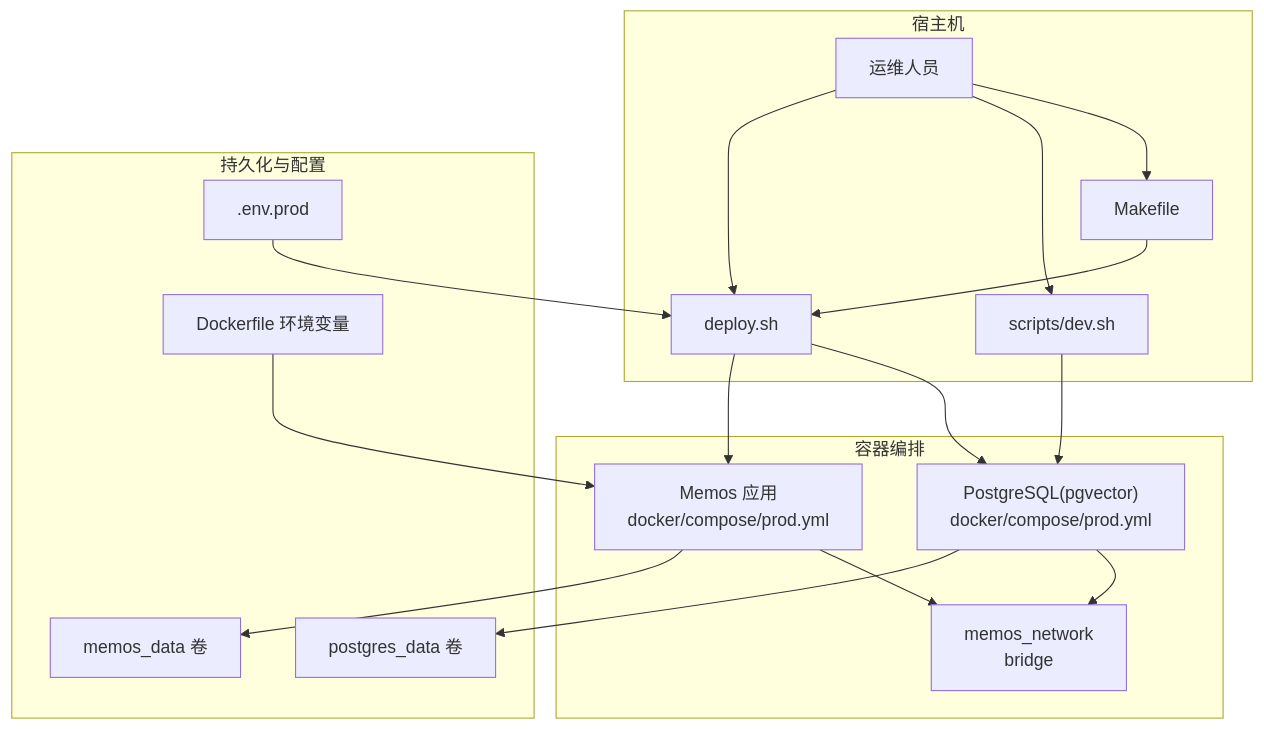
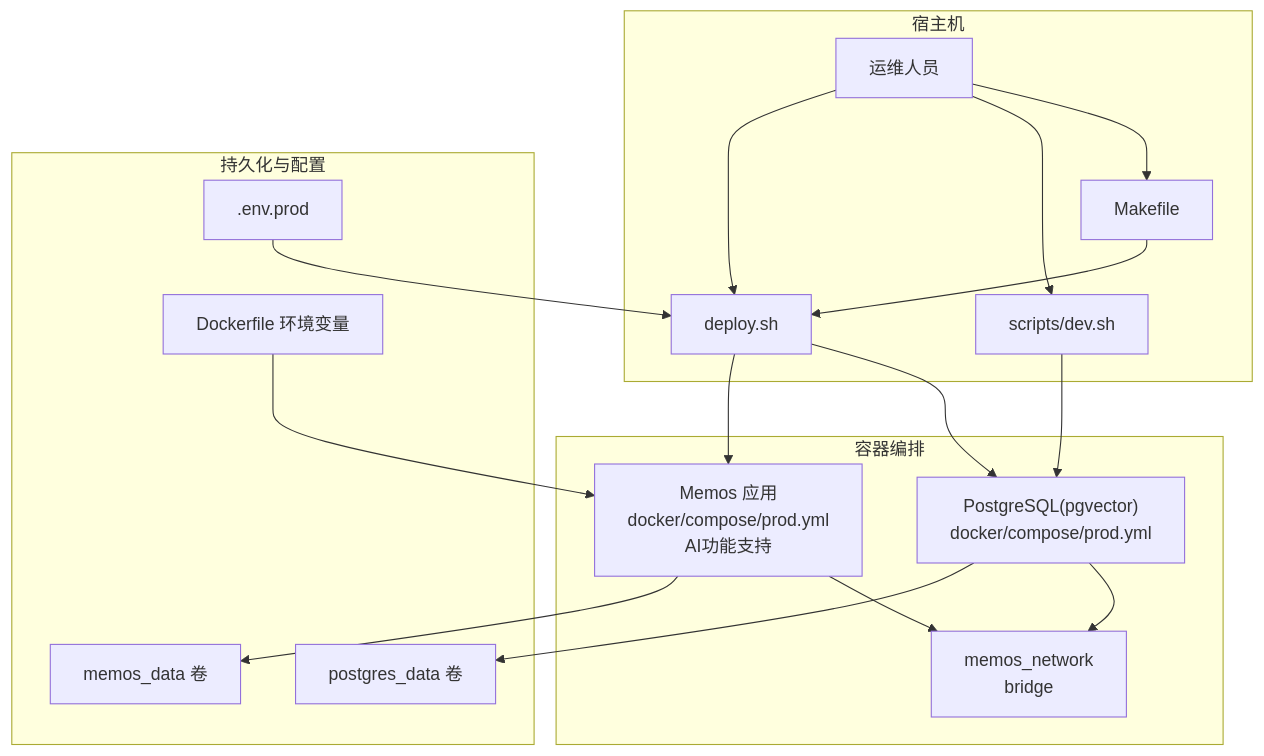
One commit to hrygo/memos changed the second of 8 diagrams in .qoder/repowiki/zh/content/部署与运维/部署与运维.md. Above: the diagram before and after it, drawn with Mermaid. The commit also changed other lines of this file and 29 other files, not shown here.

````diff
--- a/.qoder/repowiki/zh/content/部署与运维/部署与运维.md
+++ b/.qoder/repowiki/zh/content/部署与运维/部署与运维.md
@@ -141,33 +149,33 @@
 ```mermaid
 graph TB
 subgraph "宿主机"
 U["运维人员"]
 M["Makefile"]
 S["scripts/dev.sh"]
 D["deploy.sh"]
 end
 subgraph "容器编排"
 P["PostgreSQL(pgvector)<br/>docker/compose/prod.yml"]
-W["Memos 应用<br/>docker/compose/prod.yml"]
+W["Memos 应用<br/>docker/compose/prod.yml<br/>AI功能支持"]
 N["memos_network<br/>bridge"]
 end
 subgraph "持久化与配置"
 V1["postgres_data 卷"]
 V2["memos_data 卷"]
 E1[".env.prod"]
 E2["Dockerfile 环境变量"]
 end
 U --> M
 U --> S
 U --> D
 M --> D
 S --> P
 D --> P
 D --> W
 W --> N
 P --> N
 P --> V1
 W --> V2
 E1 --> D
 E2 --> W
 ```
````
